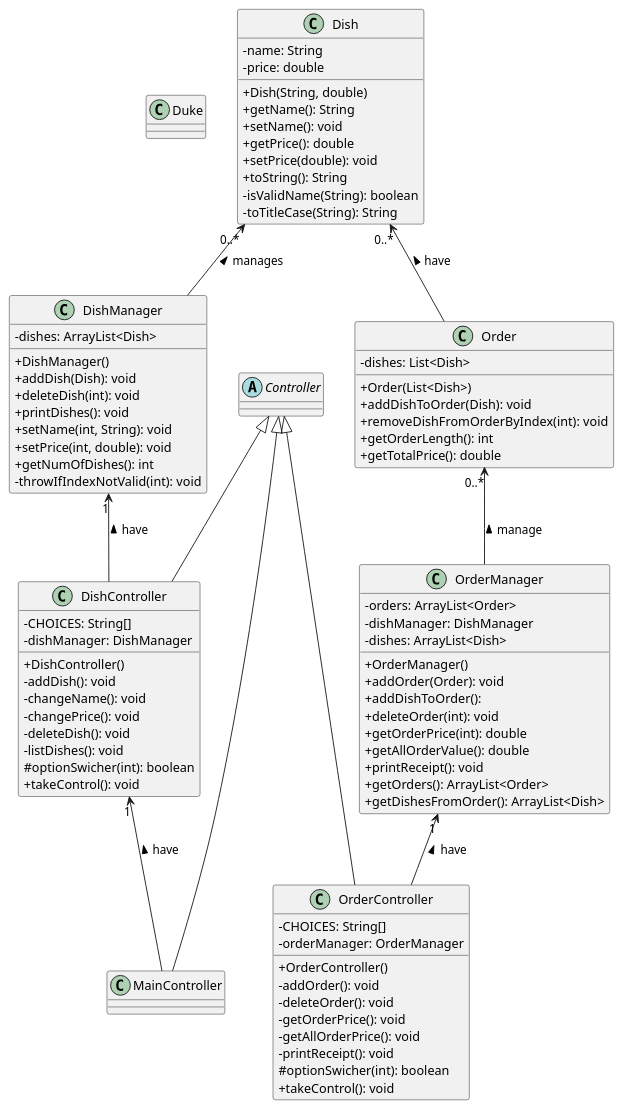
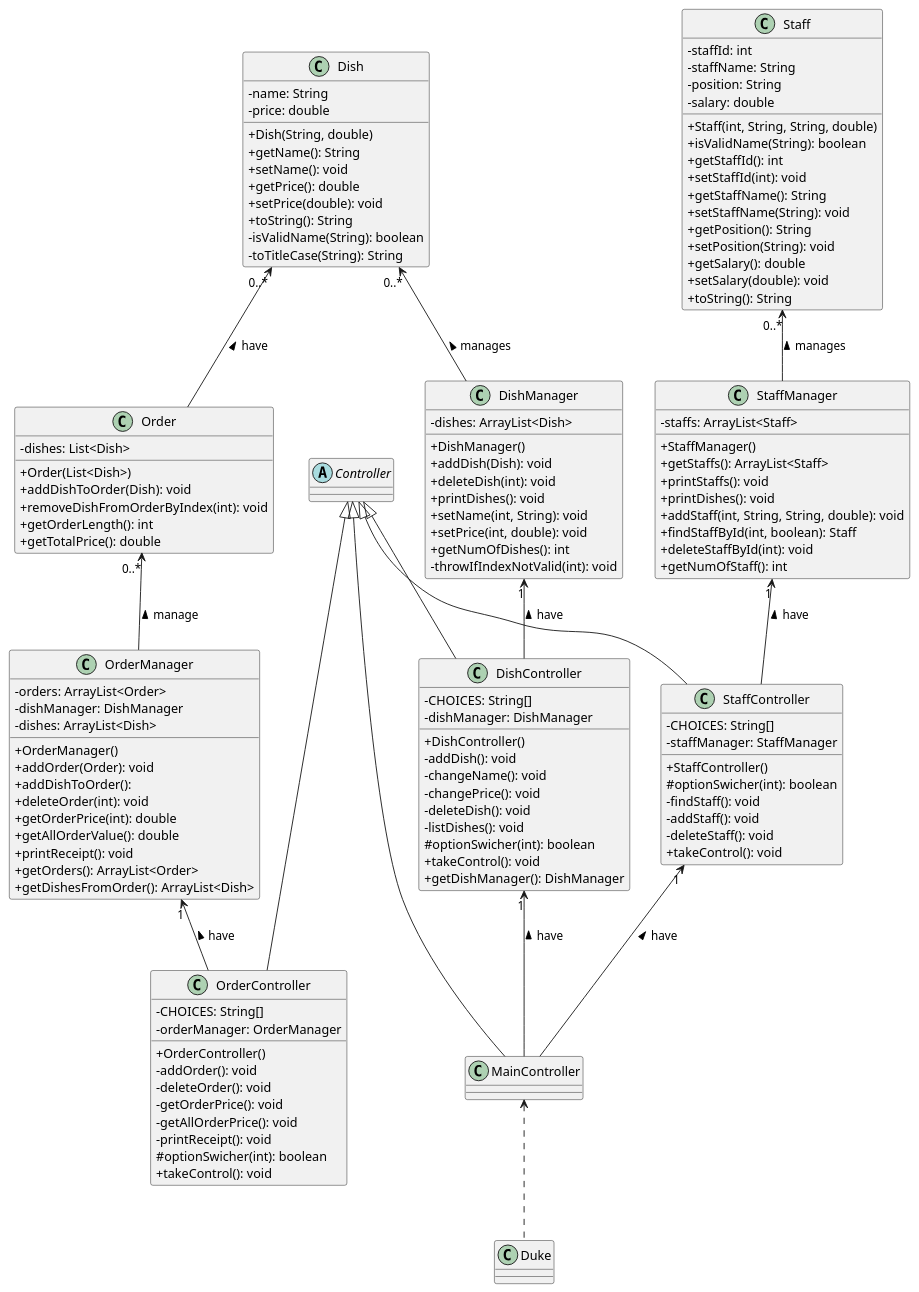
One commit to nus-cs2113-AY2122S2/tp changed the diagram in docs/UML.puml. Above: the diagram before and after it, drawn with PlantUML. The commit also changed 3 other files, not shown here.

```diff
--- a/docs/UML.puml
+++ b/docs/UML.puml
@@ -1,114 +1,164 @@
 @startuml
 'https://plantuml.com/class-diagram
 skinparam classAttributeIconSize 0
 
 class Duke {
 
 }
 
 class MainController {
 
 }
+MainController <.. Duke
 Controller <|-- MainController
 DishController "1" <-- MainController: have <
 
 abstract class Controller {
 
 }
 
 
 class Dish {
     -name: String
     -price: double
     +Dish(String, double)
     +getName(): String
     +setName(): void
     +getPrice(): double
     +setPrice(double): void
     +toString(): String
     -isValidName(String): boolean
     -toTitleCase(String): String
 }
 
 class DishManager {
     -dishes: ArrayList<Dish>
     +DishManager()
     +addDish(Dish): void
     +deleteDish(int): void
     +printDishes(): void
     +setName(int, String): void
     +setPrice(int, double): void
     +getNumOfDishes(): int
     -throwIfIndexNotValid(int): void
 }
 Controller <|-- DishController
 
 
 class DishController {
     -CHOICES: String[]
     -dishManager: DishManager
     +DishController()
     -addDish(): void
     -changeName(): void
     -changePrice(): void
     -deleteDish(): void
     -listDishes(): void
     #optionSwicher(int): boolean
     +takeControl(): void
+    +getDishManager(): DishManager
 }
 
 
 Dish "0..*" <-- DishManager: manages <
 
 DishManager "1" <-- DishController: have <
 
+class Staff {
+    -staffId: int
+    -staffName: String
+    -position: String
+    -salary: double
+    +Staff(int, String, String, double)
+    +isValidName(String): boolean
+    +getStaffId(): int
+    +setStaffId(int): void
+    +getStaffName(): String
+    +setStaffName(String): void
+    +getPosition(): String
+    +setPosition(String): void
+    +getSalary(): double
+    +setSalary(double): void
+    +toString(): String
+}
+
+class StaffManager {
+    -staffs: ArrayList<Staff>
+    +StaffManager()
+    +getStaffs(): ArrayList<Staff>
+    +printStaffs(): void
+    +printDishes(): void
+    +addStaff(int, String, String, double): void
+    +findStaffById(int, boolean): Staff
+    +deleteStaffById(int): void
+    +getNumOfStaff(): int
+}
+
+class StaffController {
+    -CHOICES: String[]
+    -staffManager: StaffManager
+    +StaffController()
+    #optionSwicher(int): boolean
+    -findStaff(): void
+    -addStaff(): void
+    -deleteStaff(): void
+    +takeControl(): void
+}
+
+Controller <|-- StaffController
+
+StaffController "1" <-- MainController: have <
+
+Staff "0..*" <-- StaffManager: manages <
+
+StaffManager "1" <-- StaffController: have <
 
 class Order {
     -dishes: List<Dish>
     +Order(List<Dish>)
     +addDishToOrder(Dish): void
     +removeDishFromOrderByIndex(int): void
     +getOrderLength(): int
     +getTotalPrice(): double
 }
 
 class OrderManager {
     -orders: ArrayList<Order>
     -dishManager: DishManager
     -dishes: ArrayList<Dish>
     +OrderManager()
     +addOrder(Order): void
     +addDishToOrder():
     +deleteOrder(int): void
     +getOrderPrice(int): double
     +getAllOrderValue(): double
     +printReceipt(): void
     +getOrders(): ArrayList<Order>
     +getDishesFromOrder(): ArrayList<Dish>
 
 }
 Controller <|-- OrderController
 
 
 class OrderController {
     -CHOICES: String[]
     -orderManager: OrderManager
     +OrderController()
     -addOrder(): void
     -deleteOrder(): void
     -getOrderPrice(): void
     -getAllOrderPrice(): void
     -printReceipt(): void
     #optionSwicher(int): boolean
     +takeControl(): void
 }
 
 
 Order "0..*" <-- OrderManager: manage <
 
 OrderManager "1" <-- OrderController: have <
 
 Dish "0..*" <-- Order: have <
 
 
 @enduml
```
